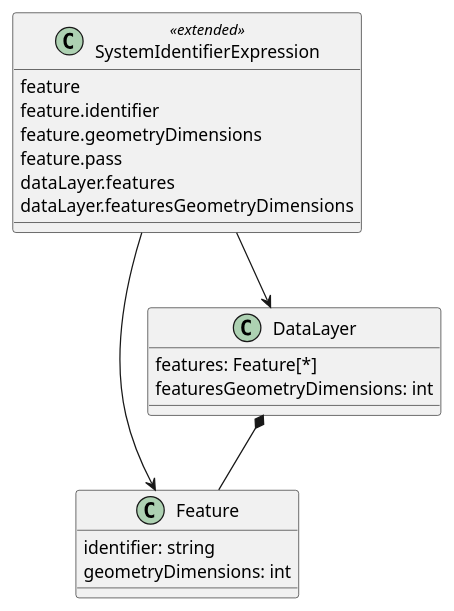
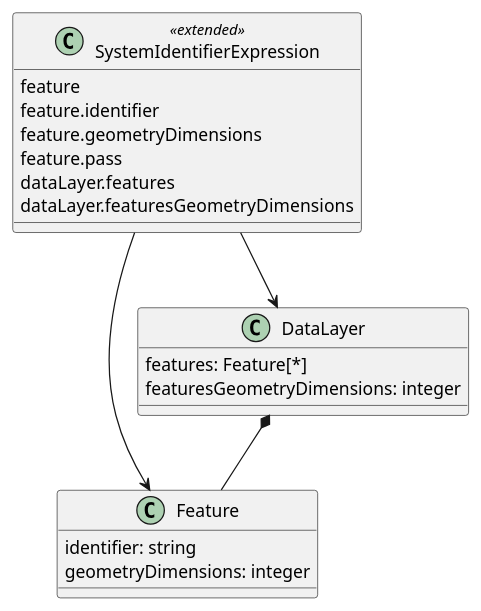
The second of 10 diagrams in 1-core/sections/clause_8_vector.adoc (opengeospatial/cartographic-symbology), drawn with PlantUML before and after one commit. The commit also changed other lines of this file and 16 other files, not shown here.

First line of the commit message:
Use string, number, integer and boolean as data types in Part 1

```diff
--- a/1-core/sections/clause_8_vector.adoc
+++ b/1-core/sections/clause_8_vector.adoc
@@ -48,21 +48,21 @@
 [plantuml, target=diagram-classes, format=png]
 ....
 @startuml
 class SystemIdentifierExpression <<extended>>
 SystemIdentifierExpression : feature
 SystemIdentifierExpression : feature.identifier
 SystemIdentifierExpression : feature.geometryDimensions
 SystemIdentifierExpression : feature.pass
 SystemIdentifierExpression : dataLayer.features
 SystemIdentifierExpression : dataLayer.featuresGeometryDimensions
 SystemIdentifierExpression --> Feature
 SystemIdentifierExpression --> DataLayer
 
 Feature : identifier: string
-Feature : geometryDimensions: int
+Feature : geometryDimensions: integer
 
 DataLayer : features: Feature[*]
-DataLayer : featuresGeometryDimensions: int
+DataLayer : featuresGeometryDimensions: integer
 DataLayer *-- Feature
 @enduml
 ....
```
